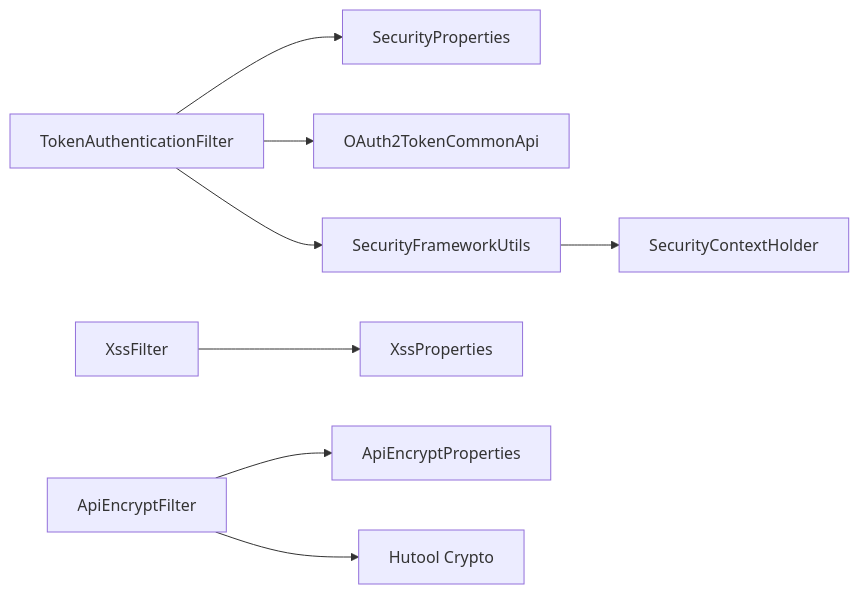
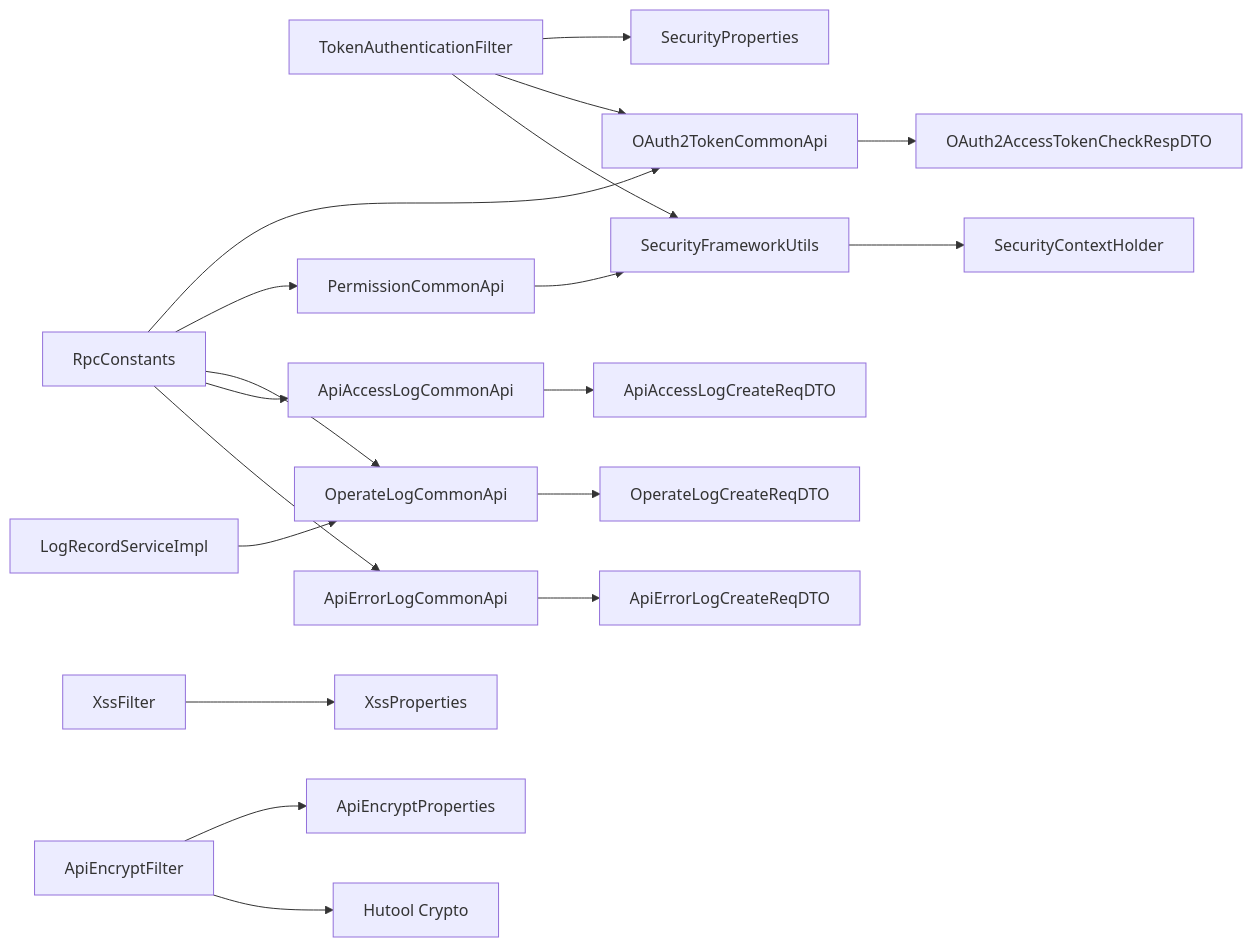
Before and after one commit to guanglei93/pandora-cloud: the sixth of 6 diagrams in .qoder/repowiki/zh/content/最佳实践/安全实践.md, drawn with Mermaid. The commit also changed other lines of this file and 32 other files, not shown here.

````diff
--- a/.qoder/repowiki/zh/content/最佳实践/安全实践.md
+++ b/.qoder/repowiki/zh/content/最佳实践/安全实践.md
@@ -329,10 +462,21 @@
 ```mermaid
 graph LR
 TOK["TokenAuthenticationFilter"] --> PROP["SecurityProperties"]
 TOK --> OAUTH["OAuth2TokenCommonApi"]
 TOK --> UTIL["SecurityFrameworkUtils"]
 UTIL --> CTX["SecurityContextHolder"]
+OAUTH --> DTO["OAuth2AccessTokenCheckRespDTO"]
+PERM["PermissionCommonApi"] --> UTIL
+OPLOG["OperateLogCommonApi"] --> OPDTO["OperateLogCreateReqDTO"]
+ACCESSLOG["ApiAccessLogCommonApi"] --> ACCESSDTO["ApiAccessLogCreateReqDTO"]
+ERRORLOG["ApiErrorLogCommonApi"] --> ERRORDTO["ApiErrorLogCreateReqDTO"]
+RPC["RpcConstants"] --> OAUTH
+RPC --> PERM
+RPC --> OPLOG
+RPC --> ACCESSLOG
+RPC --> ERRORLOG
 XSSF["XssFilter"] --> XSSP["XssProperties"]
 ENCF["ApiEncryptFilter"] --> ENCP["ApiEncryptProperties"]
 ENCF --> HUTOOL["Hutool Crypto"]
+LOGIMPL["LogRecordServiceImpl"] --> OPLOG
 ```
````
